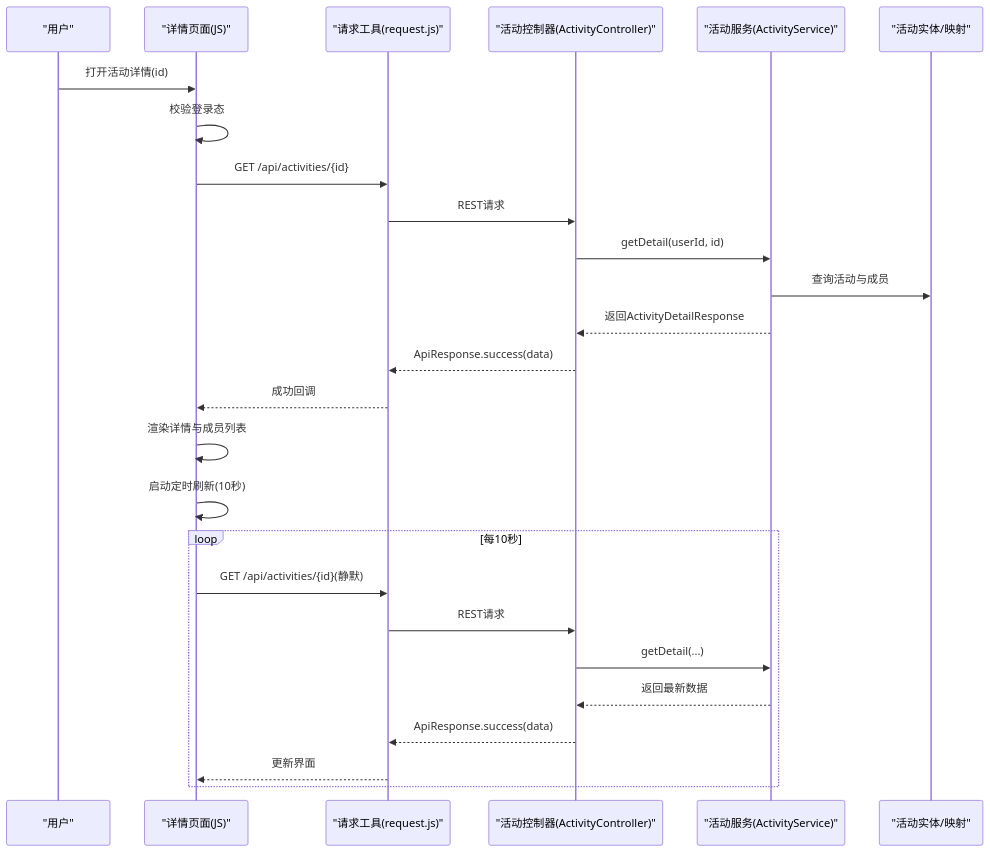
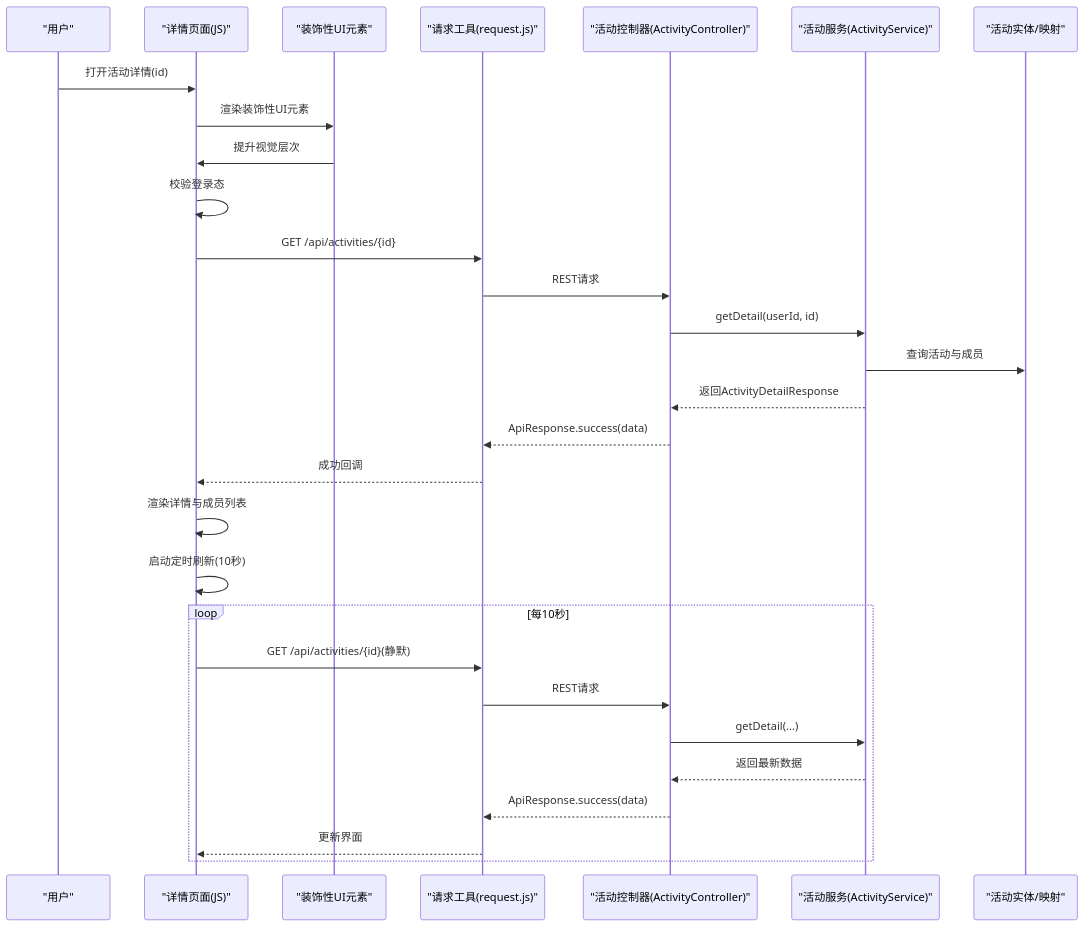
One commit to cwxiao/zugeju changed the second of 9 diagrams in .qoder/repowiki/zh/content/前端开发/页面组件开发/活动详情页面开发.md. Above: the diagram before and after it, drawn with Mermaid. The commit also changed other lines of this file and 39 other files, not shown here.

First line of the commit message:
前端优化：压缩UI装饰图至38KB + 精简各页面冗余文案

````diff
--- a/.qoder/repowiki/zh/content/前端开发/页面组件开发/活动详情页面开发.md
+++ b/.qoder/repowiki/zh/content/前端开发/页面组件开发/活动详情页面开发.md
@@ -122,28 +125,31 @@
 ```mermaid
 sequenceDiagram
 participant U as "用户"
 participant D as "详情页面(JS)"
+participant DEC as "装饰性UI元素"
 participant R as "请求工具(request.js)"
 participant C as "活动控制器(ActivityController)"
 participant S as "活动服务(ActivityService)"
 participant E as "活动实体/映射"
 U->>D : 打开活动详情(id)
+D->>DEC : 渲染装饰性UI元素
+DEC->>D : 提升视觉层次
 D->>D : 校验登录态
 D->>R : GET /api/activities/{id}
 R->>C : REST请求
 C->>S : getDetail(userId, id)
 S->>E : 查询活动与成员
 S-->>C : 返回ActivityDetailResponse
 C-->>R : ApiResponse.success(data)
 R-->>D : 成功回调
 D->>D : 渲染详情与成员列表
 D->>D : 启动定时刷新(10秒)
 loop 每10秒
 D->>R : GET /api/activities/{id}(静默)
 R->>C : REST请求
 C->>S : getDetail(...)
 S-->>C : 返回最新数据
 C-->>R : ApiResponse.success(data)
 R-->>D : 更新界面
 end
 ```
````
